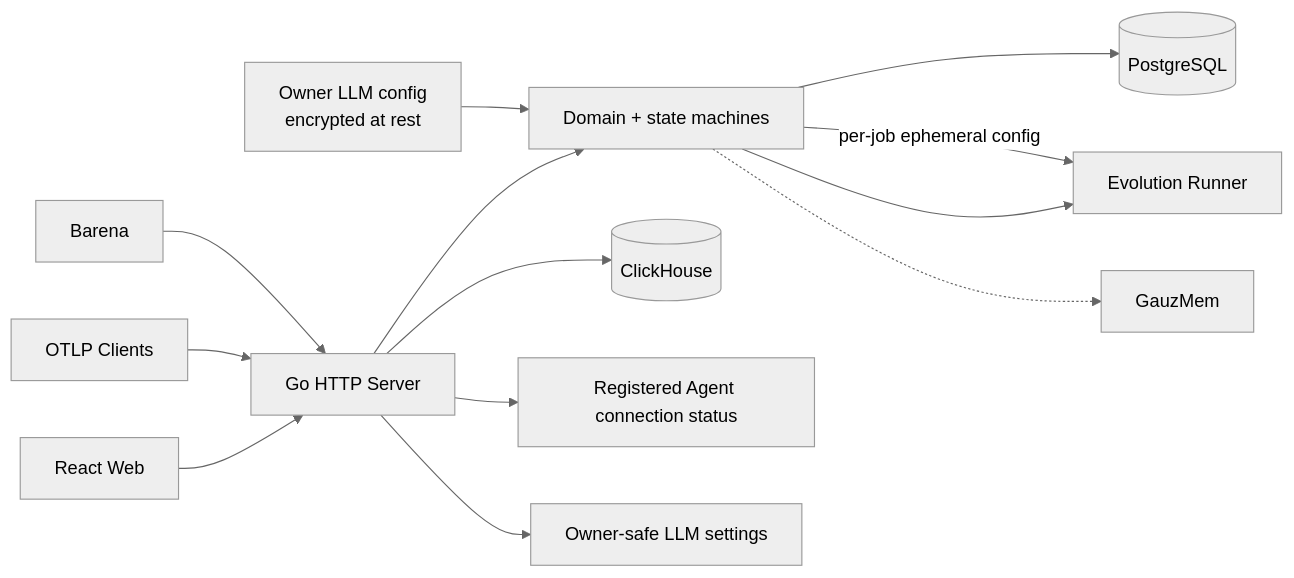
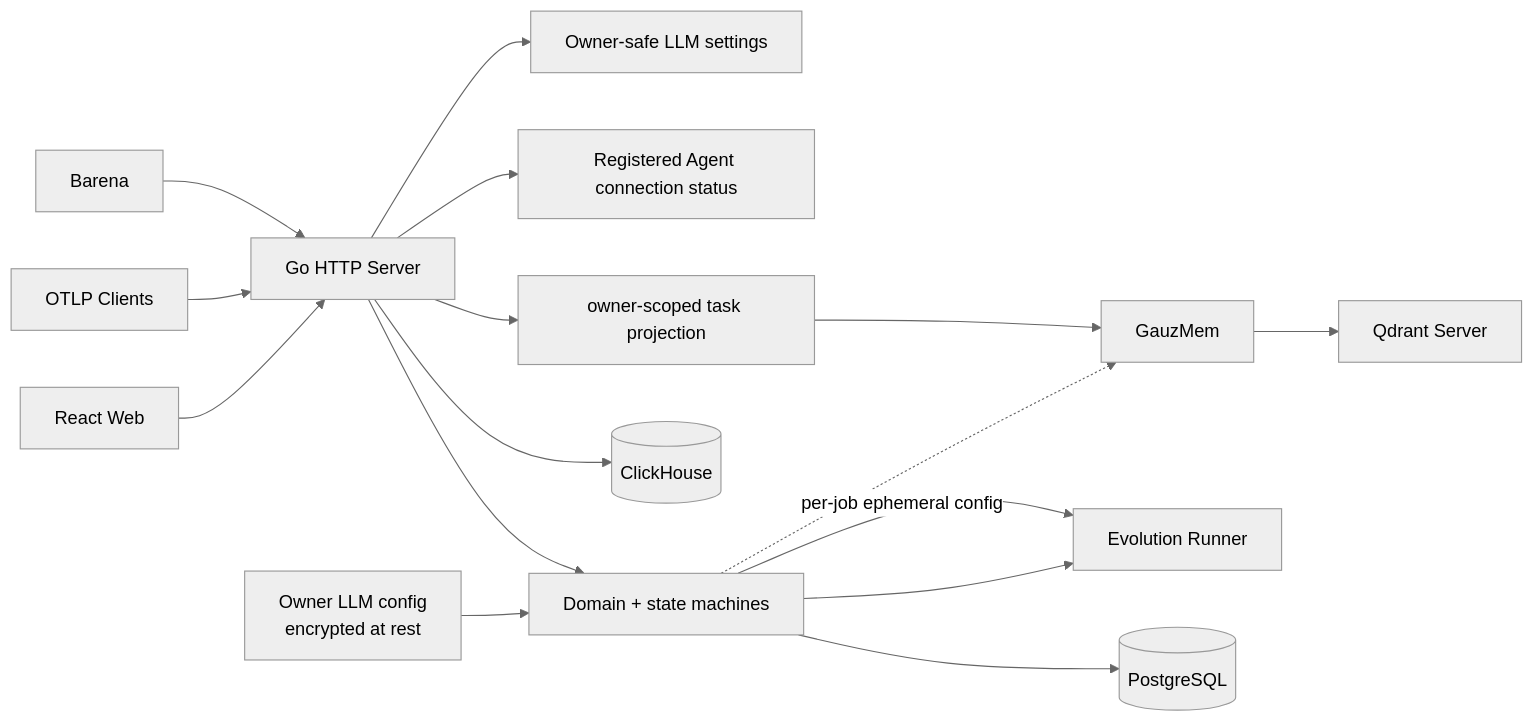
Before and after one commit to fightheyyy/CATENA: the first of 2 diagrams in control-plane/SPEC.md, drawn with Mermaid (neutral theme). The commit also changed other lines of this file and 19 other files, not shown here.

````diff
--- a/control-plane/SPEC.md
+++ b/control-plane/SPEC.md
@@ -25,15 +25,18 @@
 ```mermaid
 flowchart LR
     Web["React Web"] --> HTTP["Go HTTP Server"]
     OTel["OTLP Clients"] --> HTTP
     Barena["Barena"] --> HTTP
     HTTP --> Domain["Domain + state machines"]
     Domain --> PG[("PostgreSQL")]
     HTTP --> CH[("ClickHouse")]
     Domain --> Worker["Evolution Runner"]
     LLM["Owner LLM config<br/>encrypted at rest"] --> Domain
     Domain -->|"per-job ephemeral config"| Worker
     Domain -.-> Memory["GauzMem"]
+    HTTP --> Task["owner-scoped task projection"]
+    Task --> Memory
+    Memory --> Vector["Qdrant Server"]
     HTTP --> Status["Registered Agent connection status"]
     HTTP --> ModelStatus["Owner-safe LLM settings"]
 ```
````
